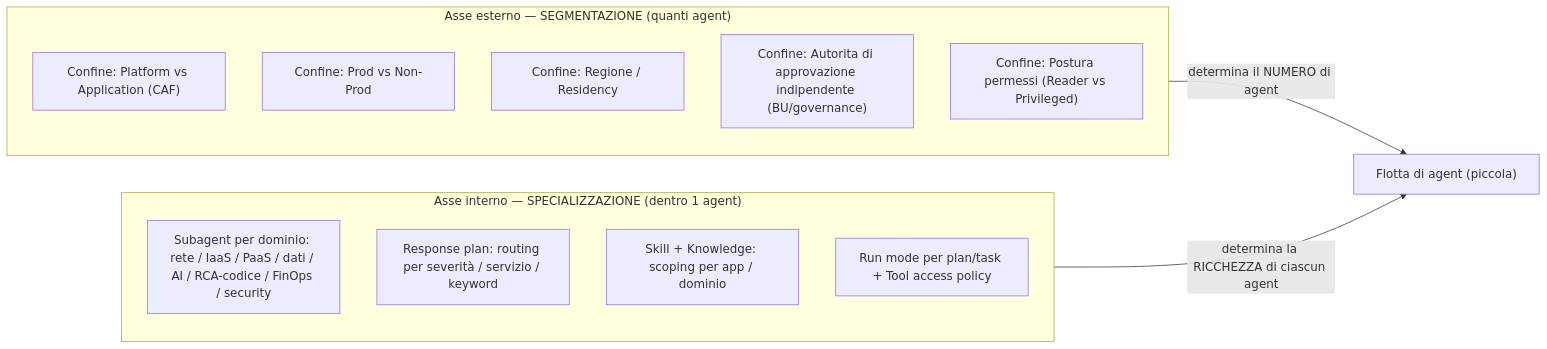
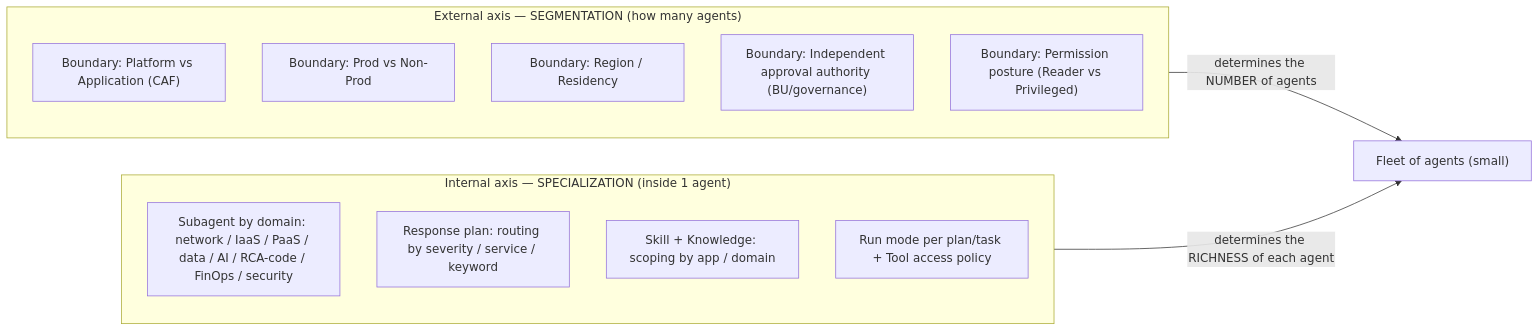
The first of 11 diagrams in Coach/Solutions/docs/azure-sre-agent/architectural-guide-lines/azure-sre-agent-fleet-architecture-guidelines.md (microsoft/frontier-sre-agent-rvas), drawn with Mermaid before and after one commit. The commit also changed other lines of this file and 2 other files, not shown here.

````diff
--- a/Coach/Solutions/docs/azure-sre-agent/architectural-guide-lines/azure-sre-agent-fleet-architecture-guidelines.md
+++ b/Coach/Solutions/docs/azure-sre-agent/architectural-guide-lines/azure-sre-agent-fleet-architecture-guidelines.md
@@ -165,20 +165,20 @@
 ```mermaid
 flowchart LR
-  subgraph ASSE_ESTERNO["Asse esterno — SEGMENTAZIONE (quanti agent)"]
+  subgraph ASSE_ESTERNO["External axis — SEGMENTATION (how many agents)"]
     direction TB
-    B1["Confine: Platform vs Application (CAF)"]
-    B2["Confine: Prod vs Non-Prod"]
-    B3["Confine: Regione / Residency"]
-    B4["Confine: Autorita di approvazione indipendente (BU/governance)"]
-    B5["Confine: Postura permessi (Reader vs Privileged)"]
+    B1["Boundary: Platform vs Application (CAF)"]
+    B2["Boundary: Prod vs Non-Prod"]
+    B3["Boundary: Region / Residency"]
+    B4["Boundary: Independent approval authority (BU/governance)"]
+    B5["Boundary: Permission posture (Reader vs Privileged)"]
   end
-  subgraph ASSE_INTERNO["Asse interno — SPECIALIZZAZIONE (dentro 1 agent)"]
+  subgraph ASSE_INTERNO["Internal axis — SPECIALIZATION (inside 1 agent)"]
     direction TB
-    D1["Subagent per dominio: rete / IaaS / PaaS / dati / AI / RCA-codice / FinOps / security"]
-    D2["Response plan: routing per severità / servizio / keyword"]
-    D3["Skill + Knowledge: scoping per app / dominio"]
+    D1["Subagent by domain: network / IaaS / PaaS / data / AI / RCA-code / FinOps / security"]
+    D2["Response plan: routing by severity / service / keyword"]
+    D3["Skill + Knowledge: scoping by app / domain"]
     D4["Run mode per plan/task + Tool access policy"]
   end
-  ASSE_ESTERNO -->|"determina il NUMERO di agent"| FLEET["Flotta di agent (piccola)"]
-  ASSE_INTERNO -->|"determina la RICCHEZZA di ciascun agent"| FLEET
+  ASSE_ESTERNO -->|"determines the NUMBER of agents"| FLEET["Fleet of agents (small)"]
+  ASSE_INTERNO -->|"determines the RICHNESS of each agent"| FLEET
 ```
````
